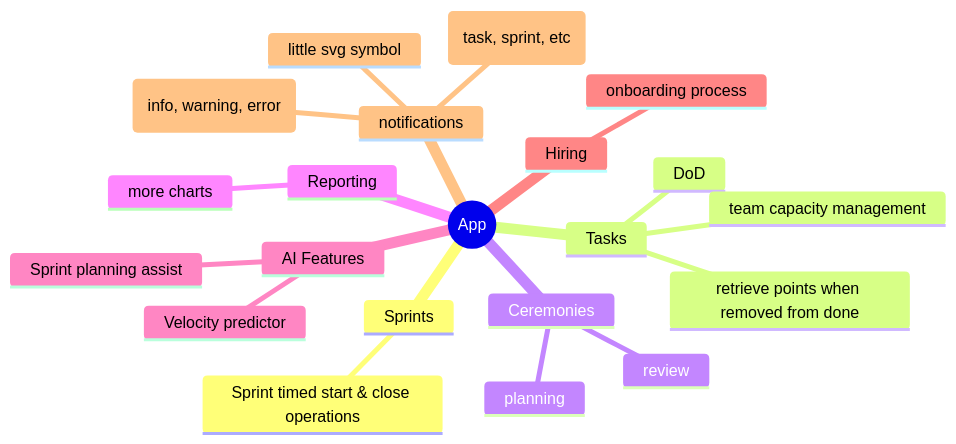
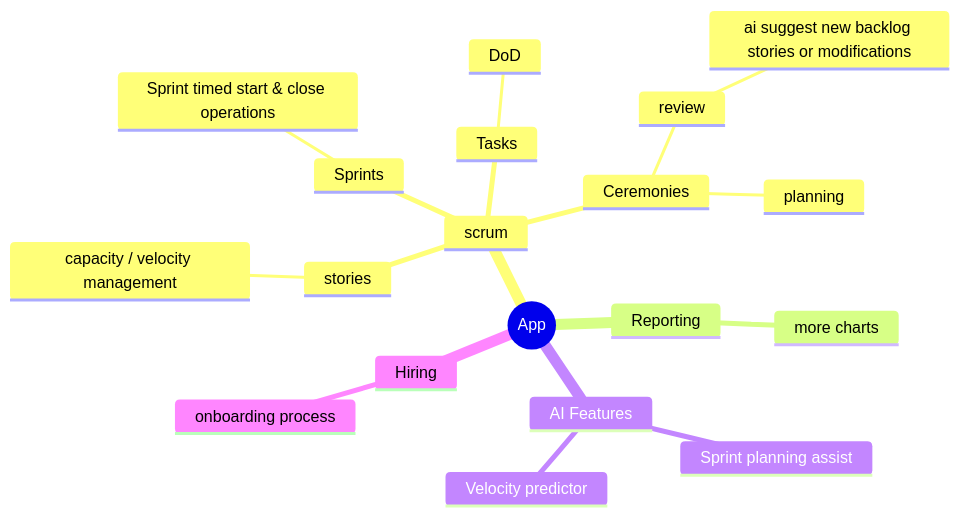
Before and after one commit to moad-cher/PFE: the diagram in README.md, drawn with Mermaid. The commit also changed 13 other files, not shown here.

````diff
--- a/README.md
+++ b/README.md
@@ -97,35 +97,39 @@
 ```mermaid
 mindmap
   root((App))
-    Sprints
-      %% Sprint state machine
-      %% Incomplete stories
-      Sprint timed start & close operations
-    Tasks
-      DoD
-      retrieve points when removed from done
-      team capacity management
-      %% State machine
-      %% Assignee
-      %% Done definition
-    Ceremonies
-      review
-      planning
-      %% Retrospective
+    scrum
+      stories
+        %% ordered Backlog
+        capacity / velocity management
+      Sprints
+        %% Sprint state machine
+        %% Incomplete stories
+        Sprint timed start & close operations
+      Tasks
+        DoD
+        %% retrieve points when removed from done
+        %% team capacity management
+        %% State machine
+        %% Assignee
+      Ceremonies
+        review
+          ai suggest new backlog stories or modifications
+        planning
+        %% Retrospective
     Reporting
       more charts
       %% team workload
       %% Burndown chart
       %% Velocity history
     AI Features
       Sprint planning assist
       Velocity predictor
       %% Assignee suggester
     Hiring
       onboarding process
-    notifications
-      little svg symbol
-      colored by type (info, warning, error)
-      linkes to the relevant item (task, sprint, etc)
-      
+    %% notifications
+    %%   little svg symbol
+    %%   colored by type (info, warning, error)
+    %%   linkes to the relevant item (task, sprint, etc)
+
 ```
````
